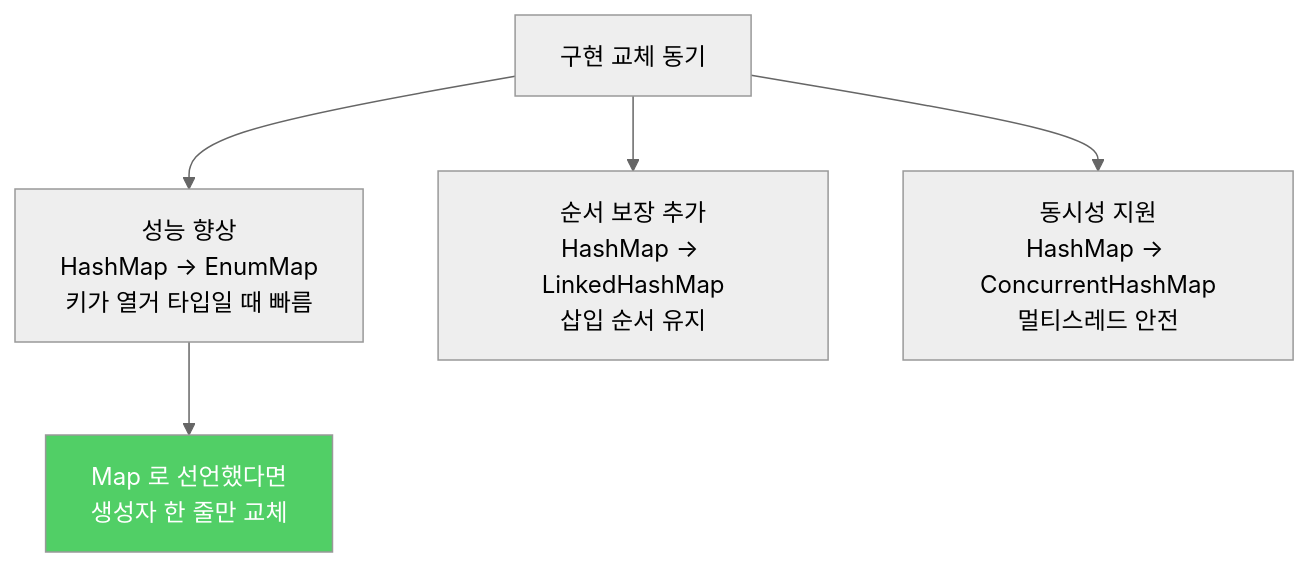
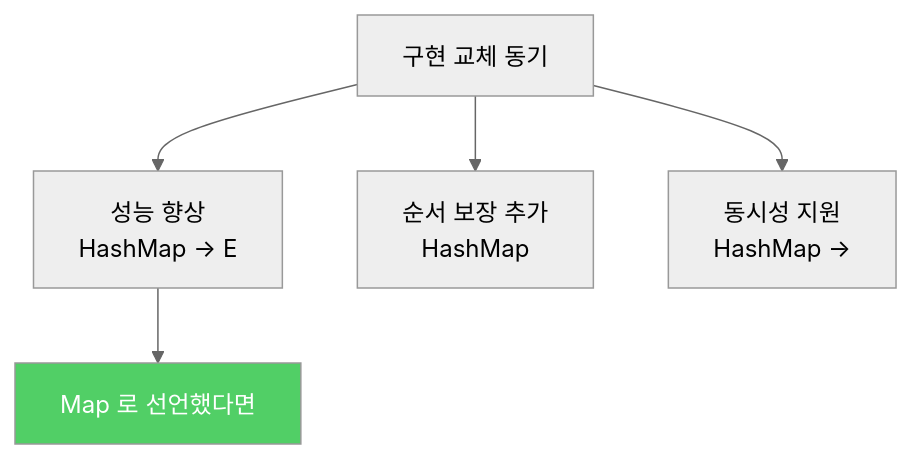
Before and after one commit to yjkim2015/yjkim2015.github.io: the diagram in _posts/java/2022-02-13-effective-java64.md, drawn with Mermaid (neutral theme). The commit also changed 271 other files, not shown here.

First line of the commit message:
Mermaid 라벨 축소: 긴 노드 텍스트 18자 이하로 트림 + \n 제거

````diff
--- a/_posts/java/2022-02-13-effective-java64.md
+++ b/_posts/java/2022-02-13-effective-java64.md
@@ -56,8 +56,8 @@
 ```mermaid
 graph TD
-    A["구현 교체 동기"] --> B["성능 향상\nHashMap → EnumMap\n키가 열거 타입일 때 빠름"]
-    A --> C["순서 보장 추가\nHashMap → LinkedHashMap\n삽입 순서 유지"]
-    A --> D["동시성 지원\nHashMap → ConcurrentHashMap\n멀티스레드 안전"]
-    B --> E["Map<K,V> 로 선언했다면\n생성자 한 줄만 교체"]
+    A["구현 교체 동기"] --> B["성능 향상\nHashMap → E"]
+    A --> C["순서 보장 추가\nHashMap"]
+    A --> D["동시성 지원\nHashMap →"]
+    B --> E["Map<K,V> 로 선언했다면\n"]
     style E fill:#51cf66,color:#fff
 ```
````
